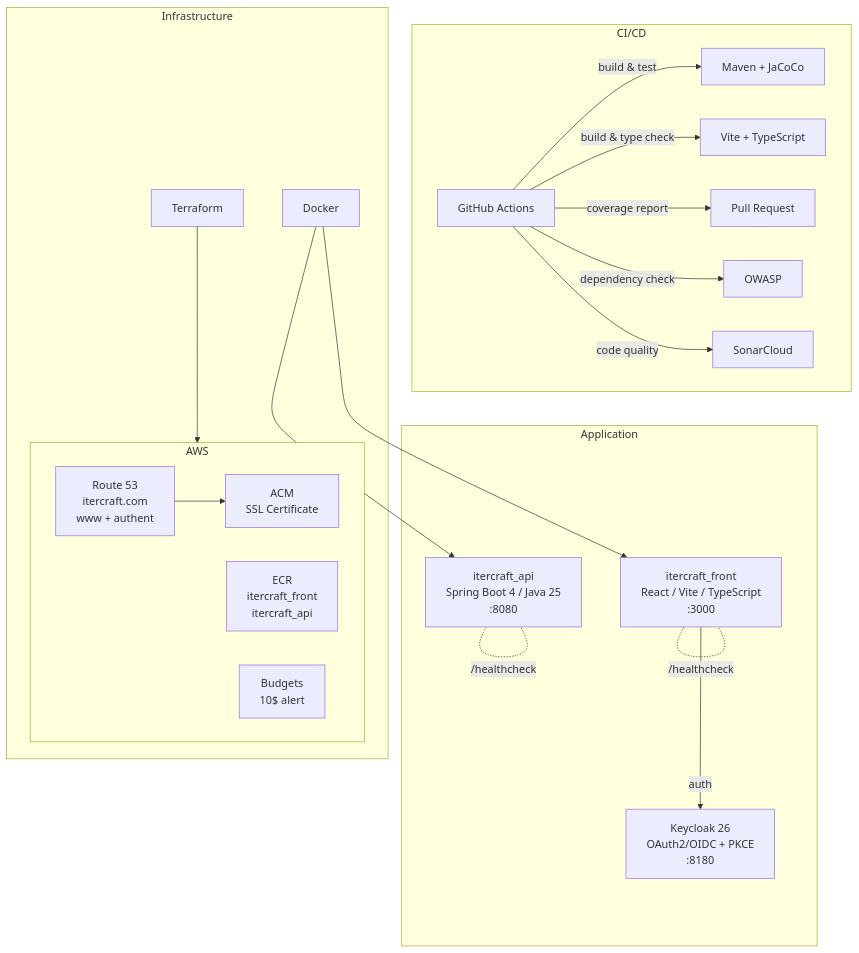
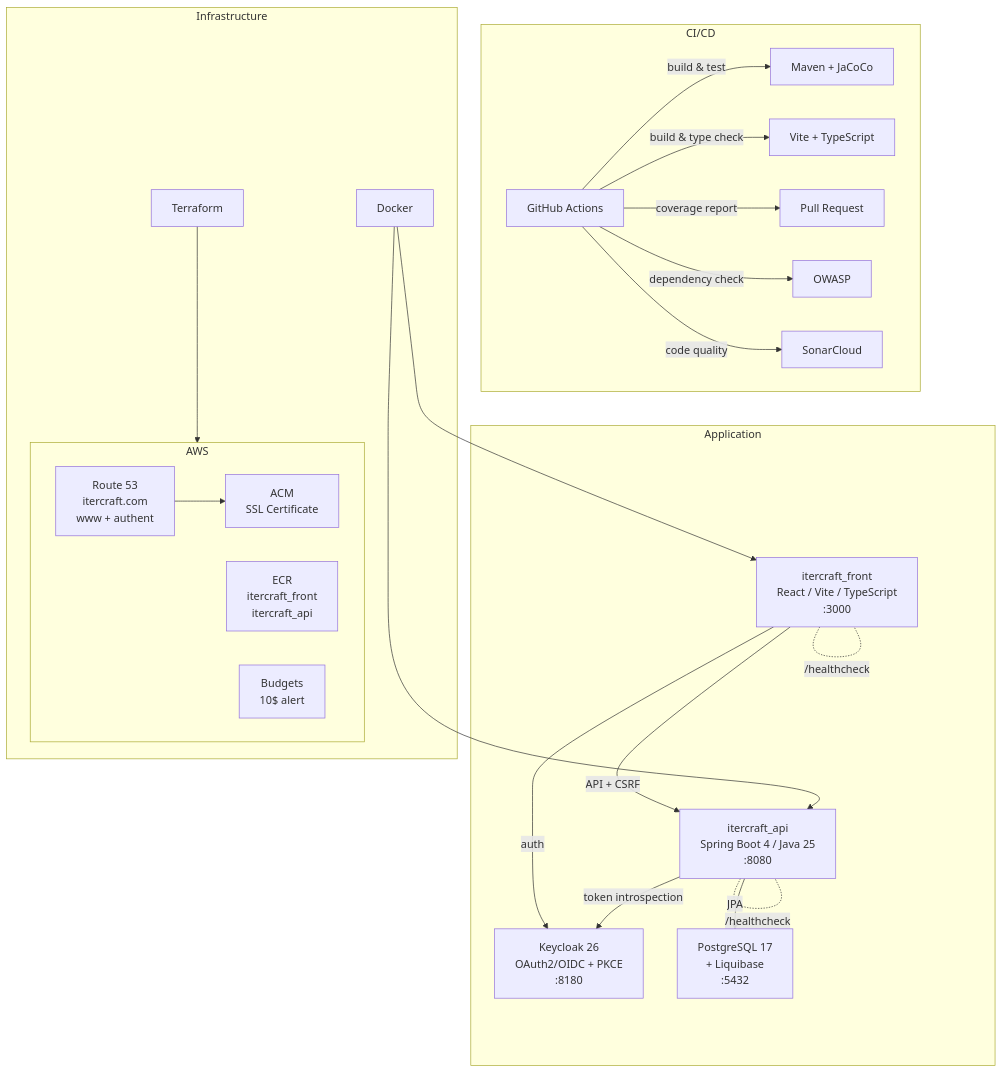
The diagram in README.md (neodatsu/itercraft), drawn with Mermaid before and after one commit. The commit also changed other lines of this file and 29 other files, not shown here.

````diff
--- a/README.md
+++ b/README.md
@@ -9,36 +9,40 @@
 ```mermaid
 graph TB
     subgraph CI/CD
         GH[GitHub Actions]
         GH -->|build & test| MVN[Maven + JaCoCo]
         GH -->|build & type check| VITE[Vite + TypeScript]
         GH -->|coverage report| PR[Pull Request]
         GH -->|dependency check| OWASP[OWASP]
         GH -->|code quality| SONAR[SonarCloud]
     end
 
     subgraph AWS
         R53[Route 53<br/>itercraft.com<br/>www + authent]
         ACM[ACM<br/>SSL Certificate]
         ECR[ECR<br/>itercraft_front<br/>itercraft_api]
         BUD[Budgets<br/>10$ alert]
         R53 --> ACM
     end
 
     subgraph Application
         API[itercraft_api<br/>Spring Boot 4 / Java 25<br/>:8080]
         FRONT[itercraft_front<br/>React / Vite / TypeScript<br/>:3000]
         KC[Keycloak 26<br/>OAuth2/OIDC + PKCE<br/>:8180]
+        PG[PostgreSQL 17<br/>+ Liquibase<br/>:5432]
         API -.-|/healthcheck| API
         FRONT -.-|/healthcheck| FRONT
         FRONT -->|auth| KC
+        FRONT -->|API + CSRF| API
+        API -->|token introspection| KC
+        API -->|JPA| PG
     end
 
     subgraph Infrastructure
         TF[Terraform]
         DOCKER[Docker]
         TF --> AWS
         DOCKER --> API
         DOCKER --> FRONT
     end
 ```
````
